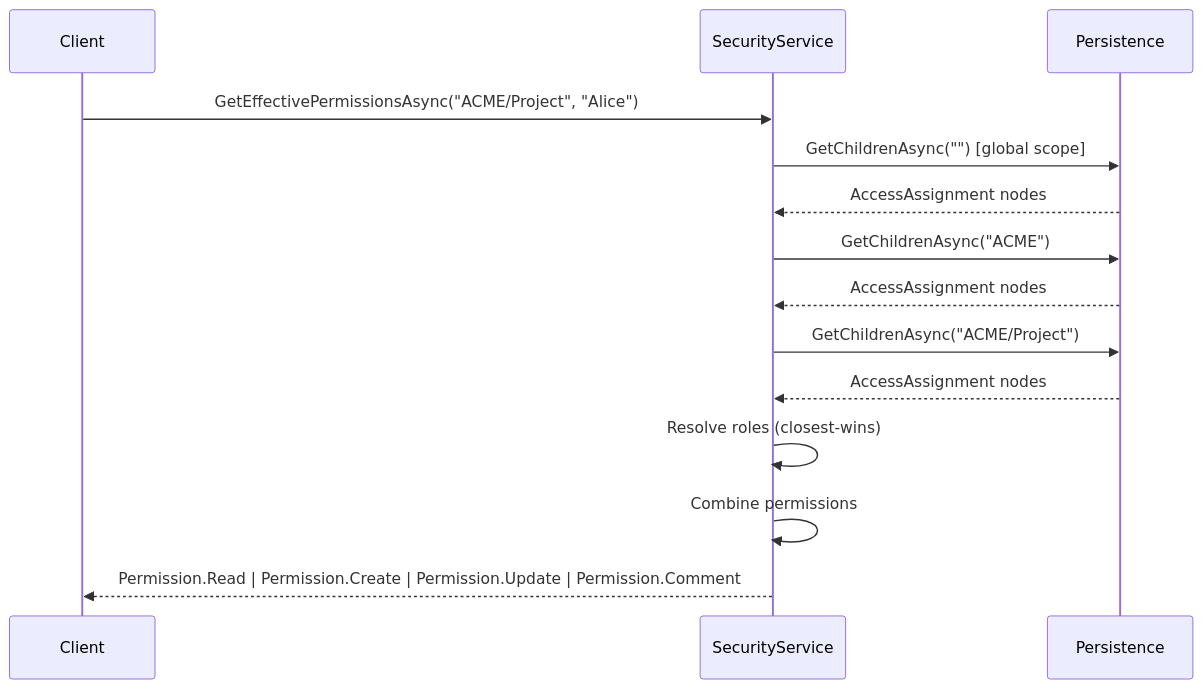
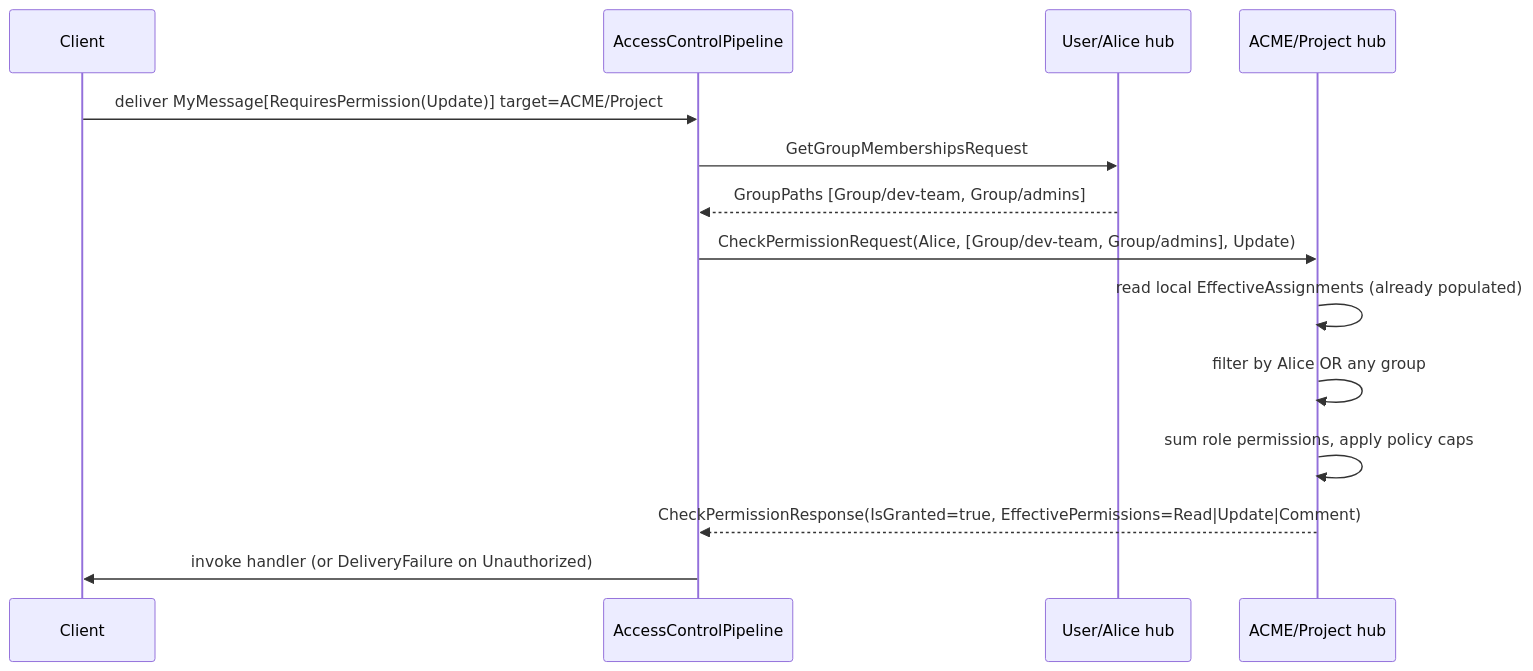
The first of 4 diagrams in src/MeshWeaver.Documentation/Data/Architecture/AccessControl.md (Systemorph/MeshWeaver), drawn with Mermaid before and after one commit. The commit also changed other lines of this file and 3 other files, not shown here.

````diff
--- a/src/MeshWeaver.Documentation/Data/Architecture/AccessControl.md
+++ b/src/MeshWeaver.Documentation/Data/Architecture/AccessControl.md
@@ -97,16 +140,16 @@
 ```mermaid
 sequenceDiagram
     participant Client
-    participant SecurityService
-    participant Persistence
-    Client->>SecurityService: GetEffectivePermissionsAsync("ACME/Project", "Alice")
-    SecurityService->>Persistence: GetChildrenAsync("") [global scope]
-    Persistence-->>SecurityService: AccessAssignment nodes
-    SecurityService->>Persistence: GetChildrenAsync("ACME")
-    Persistence-->>SecurityService: AccessAssignment nodes
-    SecurityService->>Persistence: GetChildrenAsync("ACME/Project")
-    Persistence-->>SecurityService: AccessAssignment nodes
-    SecurityService->>SecurityService: Resolve roles (closest-wins)
-    SecurityService->>SecurityService: Combine permissions
-    SecurityService-->>Client: Permission.Read | Permission.Create | Permission.Update | Permission.Comment
+    participant Pipeline as AccessControlPipeline
+    participant UserHub as User/Alice hub
+    participant ResourceHub as ACME/Project hub
+    Client->>Pipeline: deliver MyMessage[RequiresPermission(Update)] target=ACME/Project
+    Pipeline->>UserHub: GetGroupMembershipsRequest
+    UserHub-->>Pipeline: GroupPaths [Group/dev-team, Group/admins]
+    Pipeline->>ResourceHub: CheckPermissionRequest(Alice, [Group/dev-team, Group/admins], Update)
+    ResourceHub->>ResourceHub: read local EffectiveAssignments (already populated)
+    ResourceHub->>ResourceHub: filter by Alice OR any group
+    ResourceHub->>ResourceHub: sum role permissions, apply policy caps
+    ResourceHub-->>Pipeline: CheckPermissionResponse(IsGranted=true, EffectivePermissions=Read|Update|Comment)
+    Pipeline->>Client: invoke handler (or DeliveryFailure on Unauthorized)
 ```
````
